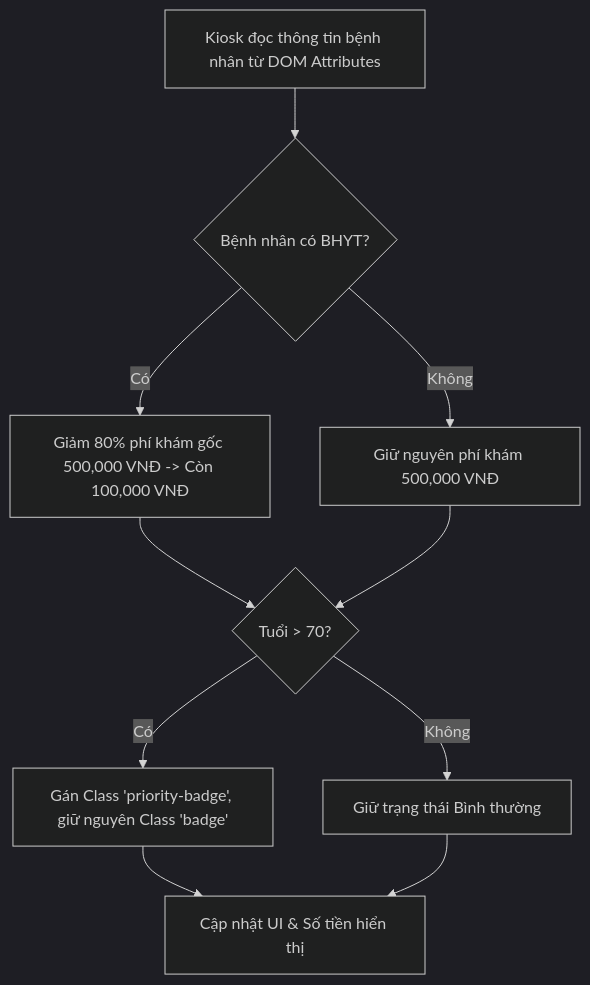
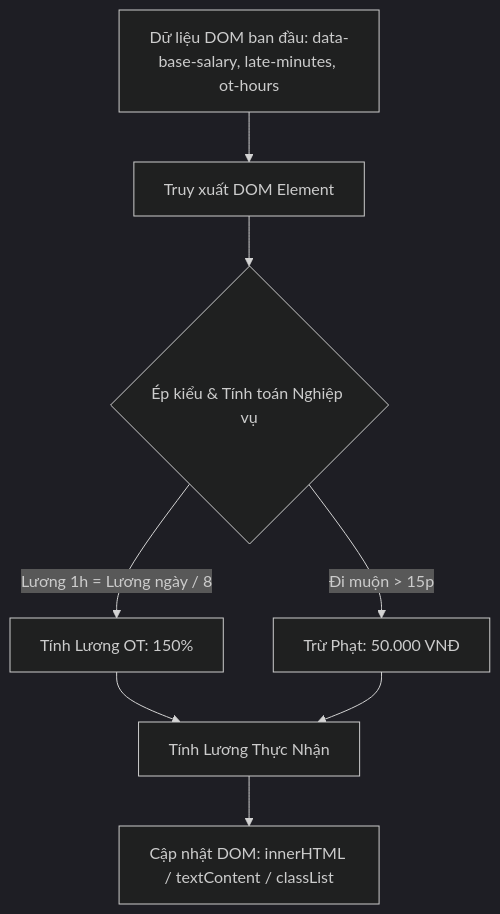
One commit to ngoquy12/learning_material changed the diagram in output/pms/Phát_triển_ứng_dụng_web/Session 17 - Tương tác DOM API (Document Object Model)- Truy xuất và Thay đổi Nội dung/Bài tập/bai_tap_3.md. Above: the diagram before and after it, drawn with Mermaid (dark theme). The commit also changed other lines of this file and 116 other files, not shown here.

Commit message:
fix(homework): standardize 15-exercise Bloom suite naming convention, add synthesis/mindmap exercises, clean legacy stubs, and integrate HomeworkReviewerAgent

````diff
--- a/output/pms/Phát_triển_ứng_dụng_web/Session 17 - Tương tác DOM API (Document Object Model)- Truy xuất và Thay đổi Nội dung/Bài tập/bai_tap_3.md
+++ b/output/pms/Phát_triển_ứng_dụng_web/Session 17 - Tương tác DOM API (Document Object Model)- Truy xuất và Thay đổi Nội dung/Bài tập/bai_tap_3.md
@@ -19,12 +20,10 @@
 ```mermaid
 graph TD
-    A[Kiosk đọc thông tin bệnh nhân từ DOM Attributes] --> B{Bệnh nhân có BHYT?}
-    B -- Có --> C[Giảm 80% phí khám gốc 500,000 VNĐ -> Còn 100,000 VNĐ]
-    B -- Không --> D[Giữ nguyên phí khám 500,000 VNĐ]
-    C --> E{Tuổi > 70?}
-    D --> E
-    E -- Có --> F[Gán Class 'priority-badge', giữ nguyên Class 'badge']
-    E -- Không --> G[Giữ trạng thái Bình thường]
-    F --> H[Cập nhật UI & Số tiền hiển thị]
-    G --> H
+    A[Dữ liệu DOM ban đầu: data-base-salary, late-minutes, ot-hours] --> B[Truy xuất DOM Element]
+    B --> C{Ép kiểu & Tính toán Nghiệp vụ}
+    C -->|Lương 1h = Lương ngày / 8| D[Tính Lương OT: 150%]
+    C -->|Đi muộn > 15p| E[Trừ Phạt: 50.000 VNĐ]
+    D --> F[Tính Lương Thực Nhận]
+    E --> F
+    F --> G[Cập nhật DOM: innerHTML / textContent / classList]
 ```
````
